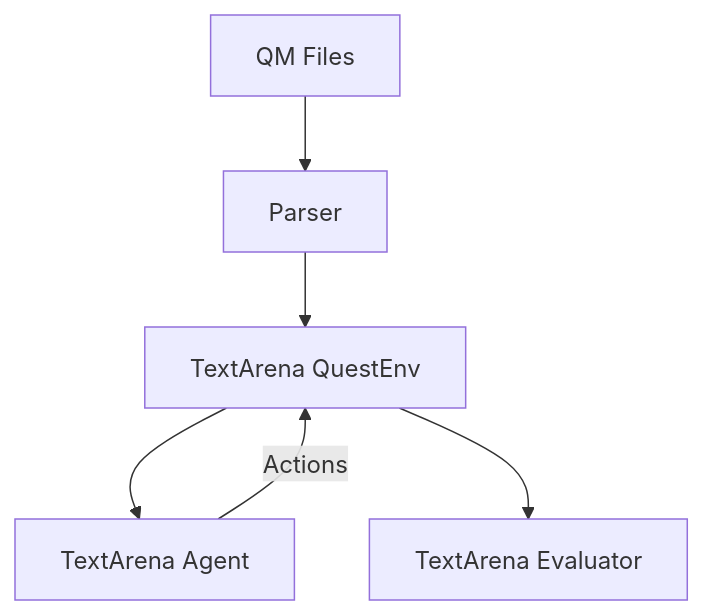
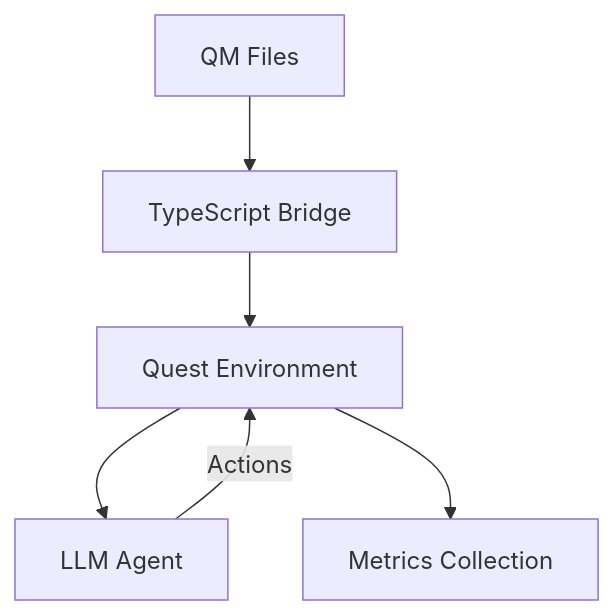
One commit to yourconscience/llm_quest_benchmark changed the diagram in docs/roadmap.md. Above: the diagram before and after it, drawn with Mermaid. The commit also changed other lines of this file and 2 other files, not shown here.

````diff
--- a/docs/roadmap.md
+++ b/docs/roadmap.md
@@ -14,8 +14,8 @@
 ```mermaid
 graph TD
-    QM[QM Files] --> Parser
-    Parser --> QuestEnv[TextArena QuestEnv]
-    QuestEnv --> Agent[TextArena Agent]
+    QM[QM Files] --> Parser[TypeScript Bridge]
+    Parser --> QuestEnv[Quest Environment]
+    QuestEnv --> Agent[LLM Agent]
     Agent -->|Actions| QuestEnv
-    QuestEnv --> Evaluator[TextArena Evaluator]
+    QuestEnv --> Metrics[Metrics Collection]
 ```
````
